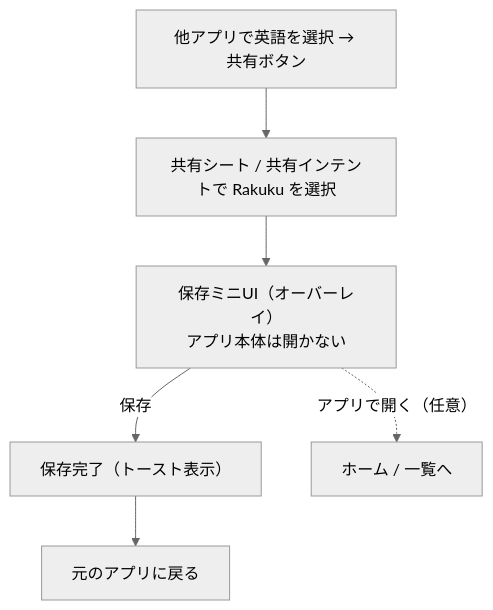
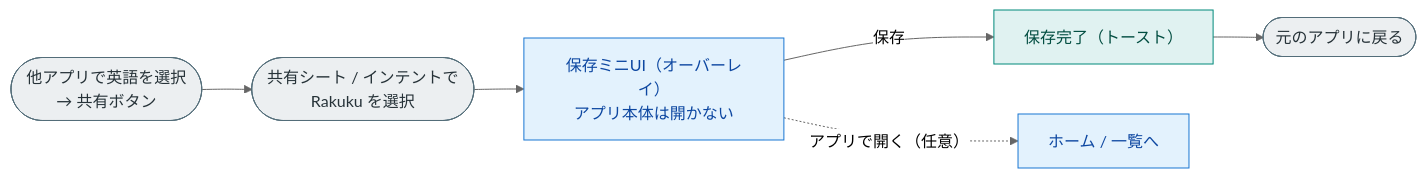
Before and after one commit to komikonkon/Rakuku: the third of 5 diagrams in docs/screen-flow.md, drawn with Mermaid (neutral theme). The commit also changed other lines of this file and 1 other file, not shown here.

First line of the commit message:
Improve diagrams: color-coding, fewer line crossings, review-friendly layout

````diff
--- a/docs/screen-flow.md
+++ b/docs/screen-flow.md
@@ -55,8 +74,12 @@
 ```mermaid
-flowchart TD
-    Ext["他アプリで英語を選択 → 共有ボタン"] --> Sheet["共有シート / 共有インテントで Rakuku を選択"]
-    Sheet --> MiniUI["保存ミニUI（オーバーレイ）<br/>アプリ本体は開かない"]
-    MiniUI -->|保存| Done["保存完了（トースト表示）"]
-    Done --> BackExt["元のアプリに戻る"]
-    MiniUI -.->|アプリで開く（任意）| HomeRef["ホーム / 一覧へ"]
+flowchart LR
+    Ext(["他アプリで英語を選択<br/>→ 共有ボタン"]):::term --> Sheet(["共有シート / インテントで<br/>Rakuku を選択"]):::term
+    Sheet --> MiniUI["保存ミニUI（オーバーレイ）<br/>アプリ本体は開かない"]:::screen
+    MiniUI -->|保存| Done["保存完了（トースト）"]:::proc
+    Done --> BackExt(["元のアプリに戻る"]):::term
+    MiniUI -.->|アプリで開く（任意）| HomeRef["ホーム / 一覧へ"]:::screen
+
+    classDef term   fill:#ECEFF1,stroke:#546E7A,color:#263238;
+    classDef screen fill:#E3F2FD,stroke:#1976D2,color:#0D47A1;
+    classDef proc   fill:#E0F2F1,stroke:#00897B,color:#004D40;
 ```
````
